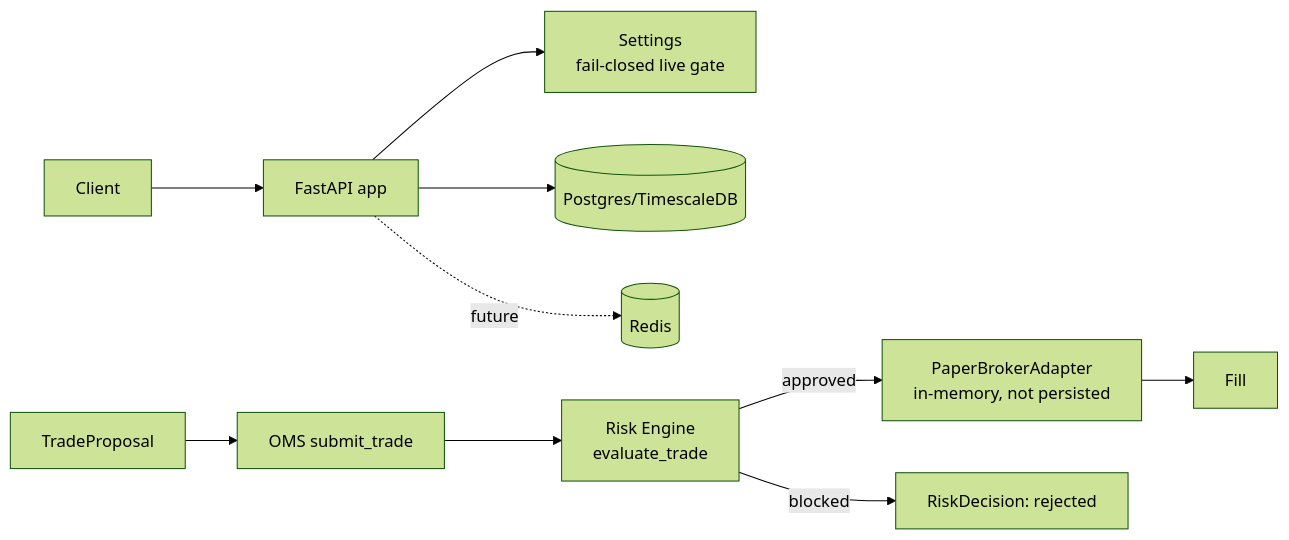
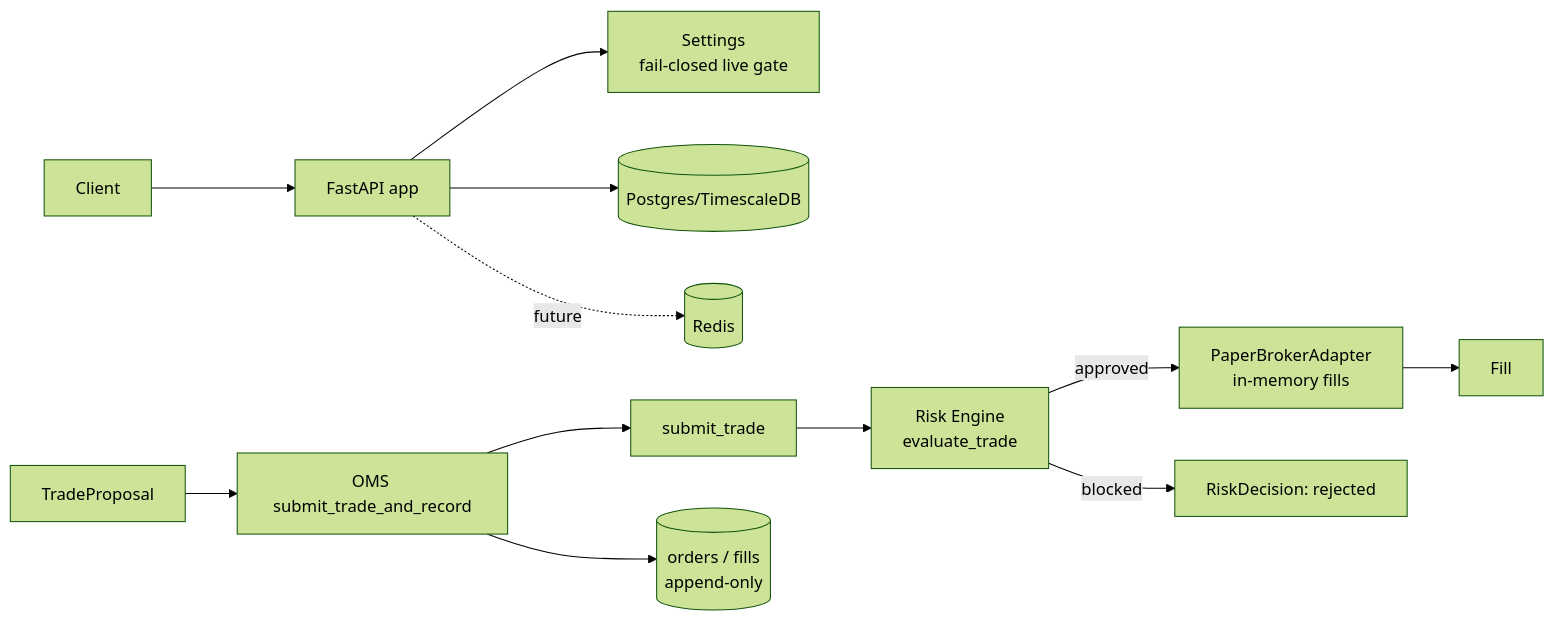
One commit to Freedomwelathlab/Trading-Agents changed the first of 2 diagrams in docs/ARCHITECTURE.md. Above: the diagram before and after it, drawn with Mermaid (forest theme). The commit also changed other lines of this file and 11 other files, not shown here.

````diff
--- a/docs/ARCHITECTURE.md
+++ b/docs/ARCHITECTURE.md
@@ -5,13 +5,15 @@
 ```mermaid
 flowchart LR
     client[Client] --> api[FastAPI app]
     api --> settings[Settings\nfail-closed live gate]
     api --> db[(Postgres/TimescaleDB)]
     api -.future.-> redis[(Redis)]
 
-    proposal[TradeProposal] --> oms[OMS submit_trade]
+    proposal[TradeProposal] --> persist[OMS submit_trade_and_record]
+    persist --> oms[submit_trade]
     oms --> risk[Risk Engine\nevaluate_trade]
-    risk -->|approved| broker[PaperBrokerAdapter\nin-memory, not persisted]
+    risk -->|approved| broker[PaperBrokerAdapter\nin-memory fills]
     risk -->|blocked| rejected[RiskDecision: rejected]
     broker --> fill[Fill]
+    persist --> orders[(orders / fills\nappend-only)]
 ```
````
